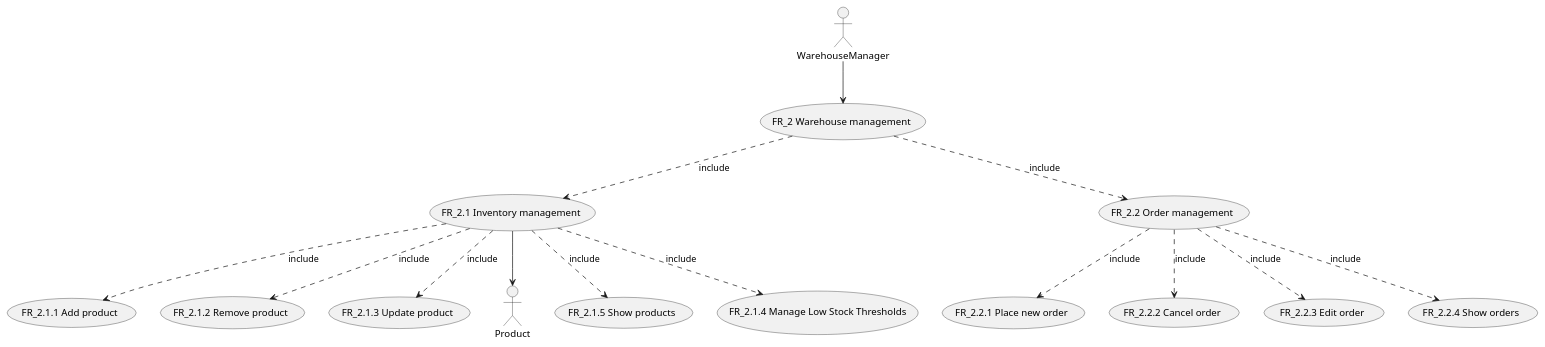
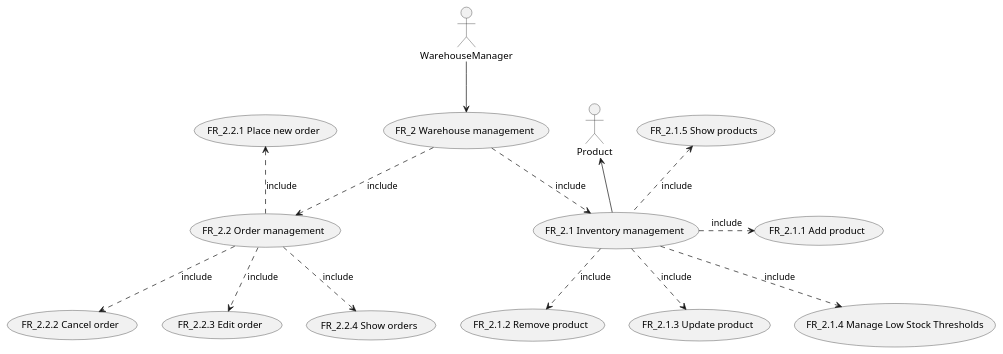
One commit to Stormz4/group20-EzShop changed the fourth of 11 diagrams in Deliverables/RequirementsDocument.md. Above: the diagram before and after it, drawn with PlantUML.

Commit message:
Doc: Fixed UCD warehouse management

````diff
--- a/Deliverables/RequirementsDocument.md
+++ b/Deliverables/RequirementsDocument.md
@@ -269,28 +269,27 @@
 ```plantuml
 @startuml
 :WarehouseManager:     --> (FR_2 Warehouse management)
 (FR_2 Warehouse management) ..> (FR_2.1 Inventory management) : include
 (FR_2 Warehouse management) ..> (FR_2.2 Order management) : include
-(FR_2.1 Inventory management) ..> (FR_2.1.1 Add product) : include
+(FR_2.1.1 Add product) <.left. (FR_2.1 Inventory management) : include
 (FR_2.1 Inventory management) ..> (FR_2.1.2 Remove product) : include
 (FR_2.1 Inventory management) ..> (FR_2.1.3 Update product) : include
-(FR_2.1 Inventory management) --> :Product: 
+ :Product: <--(FR_2.1 Inventory management) 
 ' (Update product)       ..> (Stock level) : include
 ' (Update product)       ..> (Purchase price) : include
 ' (Update product)       ..> (Description) : include
-(FR_2.1 Inventory management) ..> (FR_2.1.5 Show products) : include
+(FR_2.1 Inventory management) .up.> (FR_2.1.5 Show products) : include
 ' (Filter products)      ..> (Name) : by
 ' (Filter products)      ..> (Supplier) : by
 ' (Filter products)      ..> (Brand) : by
 ' (Filter products)      ..> (Price) : by
-(FR_2.1 Inventory management) ..> (FR_2.1.4 Manage Low Stock Thresholds) : include
-(FR_2.2 Order management)     ..> (FR_2.2.1 Place new order) : include
+(FR_2.1.4 Manage Low Stock Thresholds) <.up. (FR_2.1 Inventory management) : include
+ (FR_2.2.1 Place new order) <.. (FR_2.2 Order management)      : include
 (FR_2.2 Order management)     ..> (FR_2.2.2 Cancel order) : include
 (FR_2.2 Order management)     ..> (FR_2.2.3 Edit order) : include
 (FR_2.2 Order management)     ..> (FR_2.2.4 Show orders) : include
 ' (Filter orders)        ..> (Date) : by
 ' (Filter orders)        ..> (Supplier) : by
 ' (Filter orders)        ..> (Amount) : by
-
 @enduml
 ```
````
